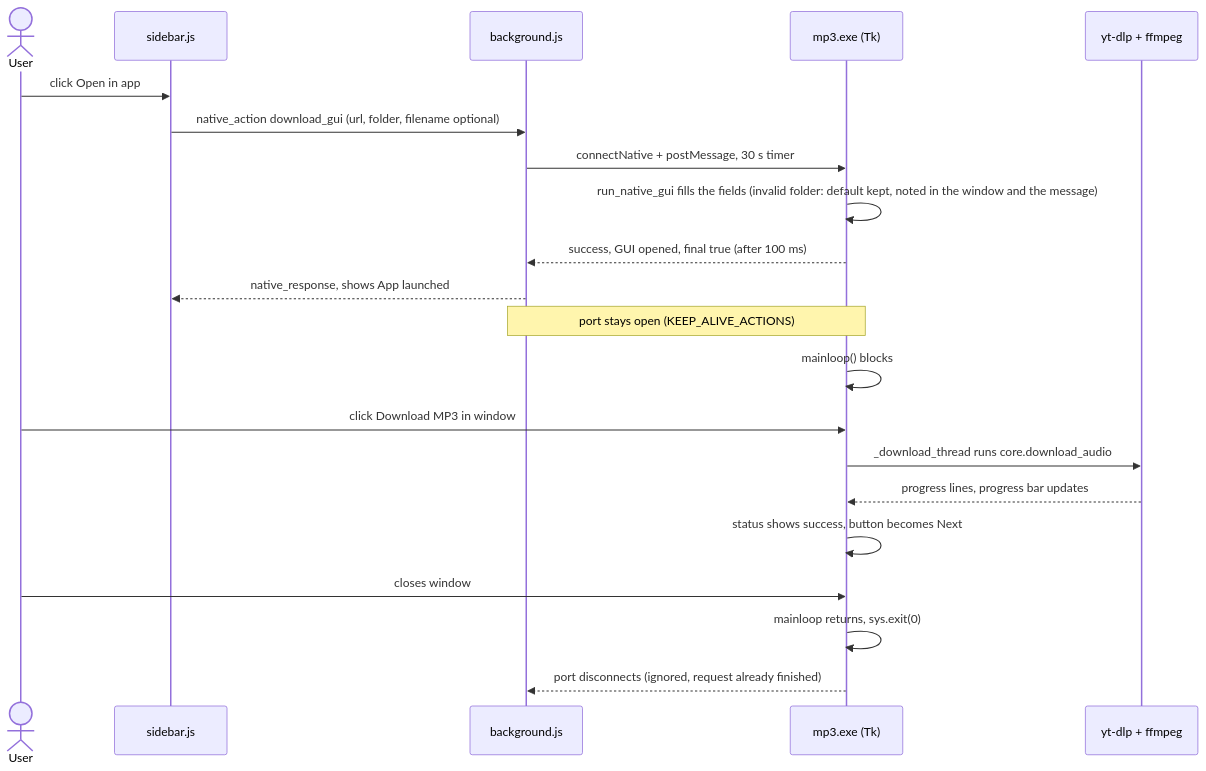
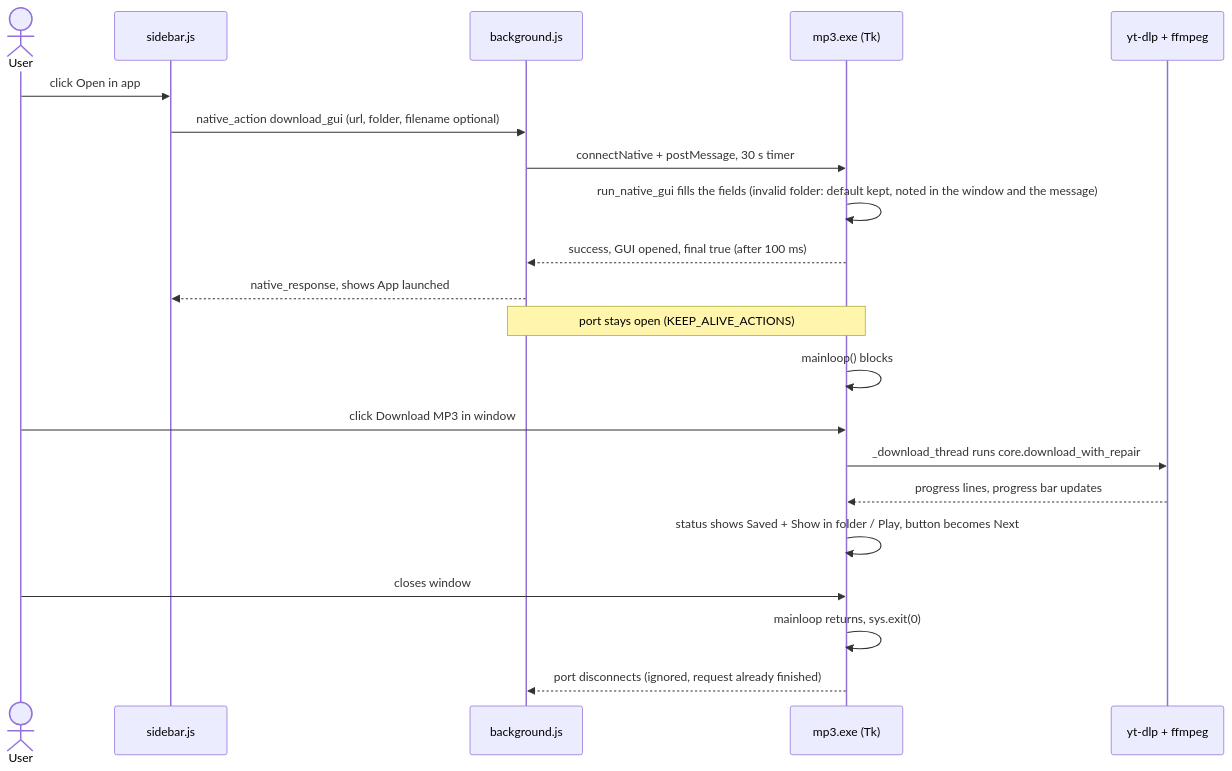
Diagram 18 of 22 in ARCHITECTURE.md (martin-iflap/YT-MP3-Downloader), drawn with Mermaid before and after one commit. The commit also changed other lines of this file and 20 other files, not shown here.

````diff
--- a/ARCHITECTURE.md
+++ b/ARCHITECTURE.md
@@ -545,24 +917,24 @@
 ```mermaid
 sequenceDiagram
     actor User
     participant SB as sidebar.js
     participant BG as background.js
     participant H as mp3.exe (Tk)
     participant T as yt-dlp + ffmpeg
 
     User->>SB: click Open in app
     SB->>BG: native_action download_gui (url, folder, filename optional)
     BG->>H: connectNative + postMessage, 30 s timer
     H->>H: run_native_gui fills the fields (invalid folder: default kept, noted in the window and the message)
     H-->>BG: success, GUI opened, final true (after 100 ms)
     BG-->>SB: native_response, shows App launched
     Note over BG,H: port stays open (KEEP_ALIVE_ACTIONS)
     H->>H: mainloop() blocks
     User->>H: click Download MP3 in window
-    H->>T: _download_thread runs core.download_audio
+    H->>T: _download_thread runs core.download_with_repair
     T-->>H: progress lines, progress bar updates
-    H->>H: status shows success, button becomes Next
+    H->>H: status shows Saved + Show in folder / Play, button becomes Next
     User->>H: closes window
     H->>H: mainloop returns, sys.exit(0)
     H-->>BG: port disconnects (ignored, request already finished)
 ```
````
